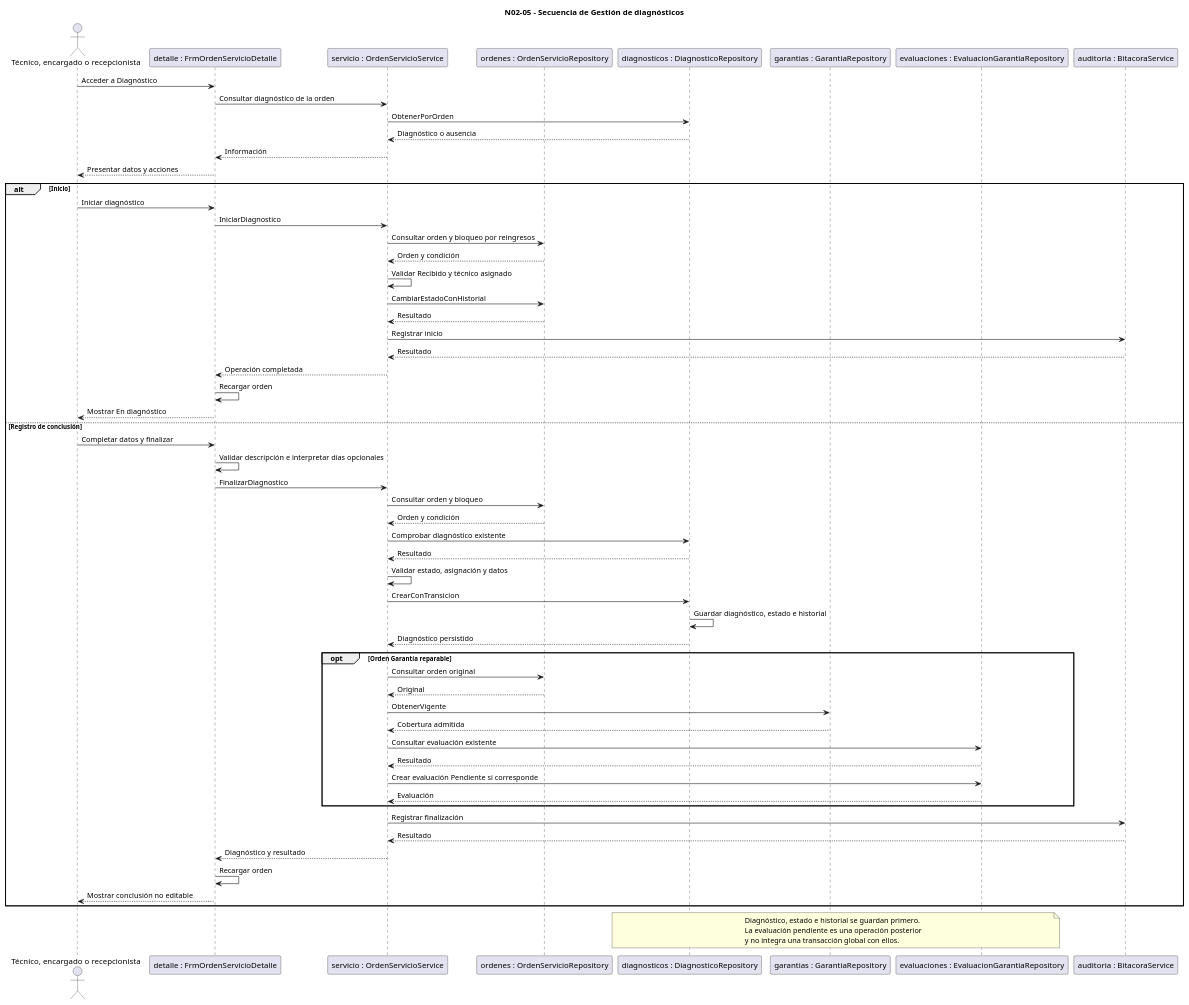
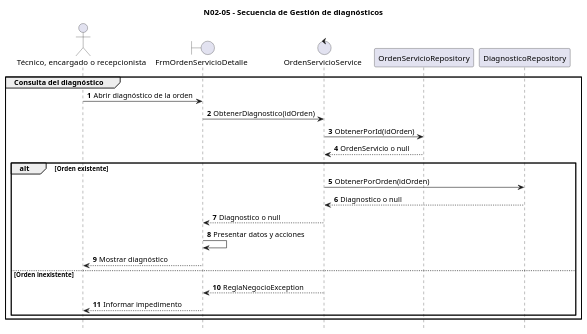
One commit to alejoDiDiego/trabajo-diploma-servicio-tecnico changed the diagram in diagrams/N/N05-gestionar-diagnosticos/N02-secuencia.puml. Above: the diagram before and after it, drawn with PlantUML. The commit also changed 156 other files, not shown here.

Commit message:
feat: completar tercera entrega con backups, ayuda y diagramas

```diff
--- a/diagrams/N/N05-gestionar-diagnosticos/N02-secuencia.puml
+++ b/diagrams/N/N05-gestionar-diagnosticos/N02-secuencia.puml
@@ -1,71 +1,26 @@
 @startuml
 title N02-05 - Secuencia de Gestión de diagnósticos
-
+autonumber
+hide footbox
 actor "Técnico, encargado o recepcionista" as Operador
-participant "detalle : FrmOrdenServicioDetalle" as Detalle
-participant "servicio : OrdenServicioService" as Servicio
-participant "ordenes : OrdenServicioRepository" as Ordenes
-participant "diagnosticos : DiagnosticoRepository" as Diagnosticos
-participant "garantias : GarantiaRepository" as Garantias
-participant "evaluaciones : EvaluacionGarantiaRepository" as Evaluaciones
-participant "auditoria : BitacoraService" as Auditoria
-
-Operador -> Detalle : Acceder a Diagnóstico
-Detalle -> Servicio : Consultar diagnóstico de la orden
-Servicio -> Diagnosticos : ObtenerPorOrden
-Diagnosticos --> Servicio : Diagnóstico o ausencia
-Servicio --> Detalle : Información
-Detalle --> Operador : Presentar datos y acciones
-
-alt Inicio
-    Operador -> Detalle : Iniciar diagnóstico
-    Detalle -> Servicio : IniciarDiagnostico
-    Servicio -> Ordenes : Consultar orden y bloqueo por reingresos
-    Ordenes --> Servicio : Orden y condición
-    Servicio -> Servicio : Validar Recibido y técnico asignado
-    Servicio -> Ordenes : CambiarEstadoConHistorial
-    Ordenes --> Servicio : Resultado
-    Servicio -> Auditoria : Registrar inicio
-    Auditoria --> Servicio : Resultado
-    Servicio --> Detalle : Operación completada
-    Detalle -> Detalle : Recargar orden
-    Detalle --> Operador : Mostrar En diagnóstico
-
-else Registro de conclusión
-    Operador -> Detalle : Completar datos y finalizar
-    Detalle -> Detalle : Validar descripción e interpretar días opcionales
-    Detalle -> Servicio : FinalizarDiagnostico
-    Servicio -> Ordenes : Consultar orden y bloqueo
-    Ordenes --> Servicio : Orden y condición
-    Servicio -> Diagnosticos : Comprobar diagnóstico existente
-    Diagnosticos --> Servicio : Resultado
-    Servicio -> Servicio : Validar estado, asignación y datos
-    Servicio -> Diagnosticos : CrearConTransicion
-    Diagnosticos -> Diagnosticos : Guardar diagnóstico, estado e historial
-    Diagnosticos --> Servicio : Diagnóstico persistido
-
-    opt Orden Garantía reparable
-        Servicio -> Ordenes : Consultar orden original
-        Ordenes --> Servicio : Original
-        Servicio -> Garantias : ObtenerVigente
-        Garantias --> Servicio : Cobertura admitida
-        Servicio -> Evaluaciones : Consultar evaluación existente
-        Evaluaciones --> Servicio : Resultado
-        Servicio -> Evaluaciones : Crear evaluación Pendiente si corresponde
-        Evaluaciones --> Servicio : Evaluación
+boundary FrmOrdenServicioDetalle as Detalle
+control OrdenServicioService
+participant OrdenServicioRepository
+participant DiagnosticoRepository
+group Consulta del diagnóstico
+    Operador -> Detalle : Abrir diagnóstico de la orden
+    Detalle -> OrdenServicioService : ObtenerDiagnostico(idOrden)
+    OrdenServicioService -> OrdenServicioRepository : ObtenerPorId(idOrden)
+    OrdenServicioRepository --> OrdenServicioService : OrdenServicio o null
+    alt Orden existente
+        OrdenServicioService -> DiagnosticoRepository : ObtenerPorOrden(idOrden)
+        DiagnosticoRepository --> OrdenServicioService : Diagnostico o null
+        OrdenServicioService --> Detalle : Diagnostico o null
+        Detalle -> Detalle : Presentar datos y acciones
+        Detalle --> Operador : Mostrar diagnóstico
+    else Orden inexistente
+        OrdenServicioService --> Detalle : ReglaNegocioException
+        Detalle --> Operador : Informar impedimento
     end
-
-    Servicio -> Auditoria : Registrar finalización
-    Auditoria --> Servicio : Resultado
-    Servicio --> Detalle : Diagnóstico y resultado
-    Detalle -> Detalle : Recargar orden
-    Detalle --> Operador : Mostrar conclusión no editable
 end
-
-note over Diagnosticos, Evaluaciones
-Diagnóstico, estado e historial se guardan primero.
-La evaluación pendiente es una operación posterior
-y no integra una transacción global con ellos.
-end note
-
 @enduml
```
